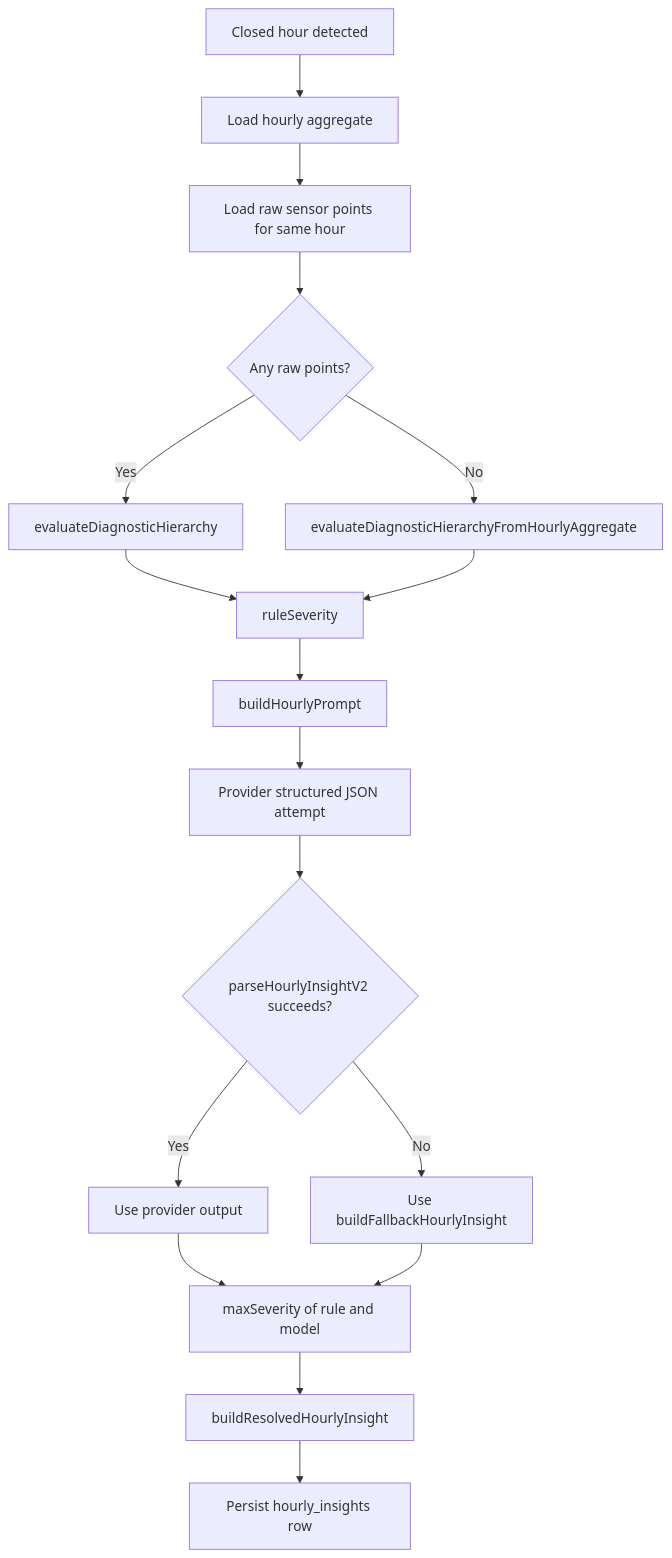
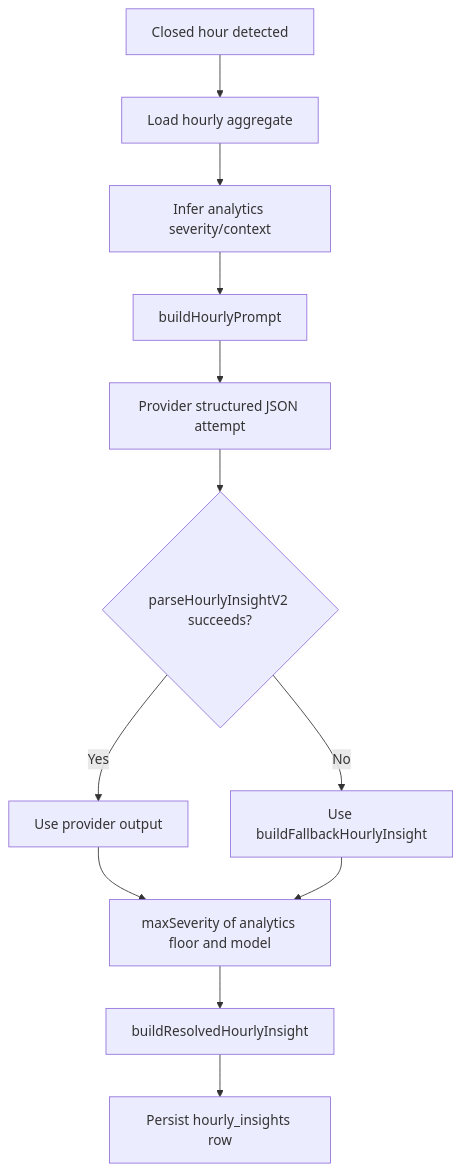
One commit to aiyanm/pigfit_try changed the second of 4 diagrams in services/ai/deterministic/README.md. Above: the diagram before and after it, drawn with Mermaid. The commit also changed other lines of this file and 5 other files, not shown here.

````diff
--- a/services/ai/deterministic/README.md
+++ b/services/ai/deterministic/README.md
@@ -118,19 +118,14 @@
 ```mermaid
 flowchart TD
     A[Closed hour detected] --> B[Load hourly aggregate]
-    B --> C[Load raw sensor points for same hour]
-    C --> D{Any raw points?}
-    D -- Yes --> E[evaluateDiagnosticHierarchy]
-    D -- No --> F[evaluateDiagnosticHierarchyFromHourlyAggregate]
-    E --> G[ruleSeverity]
-    F --> G
-    G --> H[buildHourlyPrompt]
+    B --> C[Infer analytics severity/context]
+    C --> H[buildHourlyPrompt]
     H --> I[Provider structured JSON attempt]
     I --> J{parseHourlyInsightV2 succeeds?}
     J -- Yes --> K[Use provider output]
     J -- No --> L[Use buildFallbackHourlyInsight]
-    K --> M[maxSeverity of rule and model]
+    K --> M[maxSeverity of analytics floor and model]
     L --> M
     M --> N[buildResolvedHourlyInsight]
     N --> O[Persist hourly_insights row]
 ```
````
